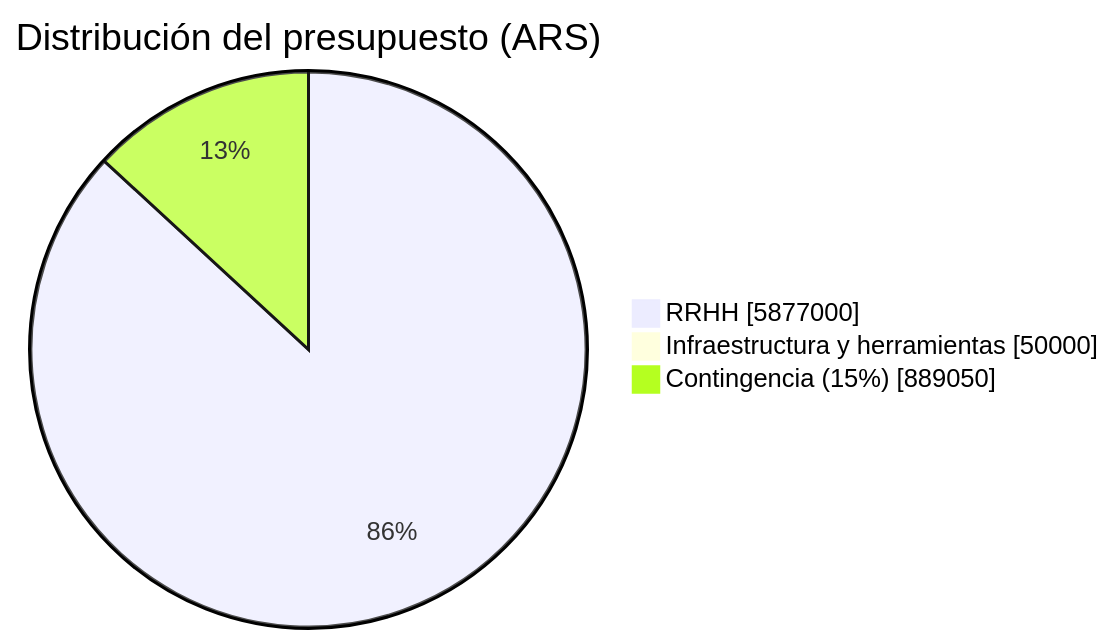
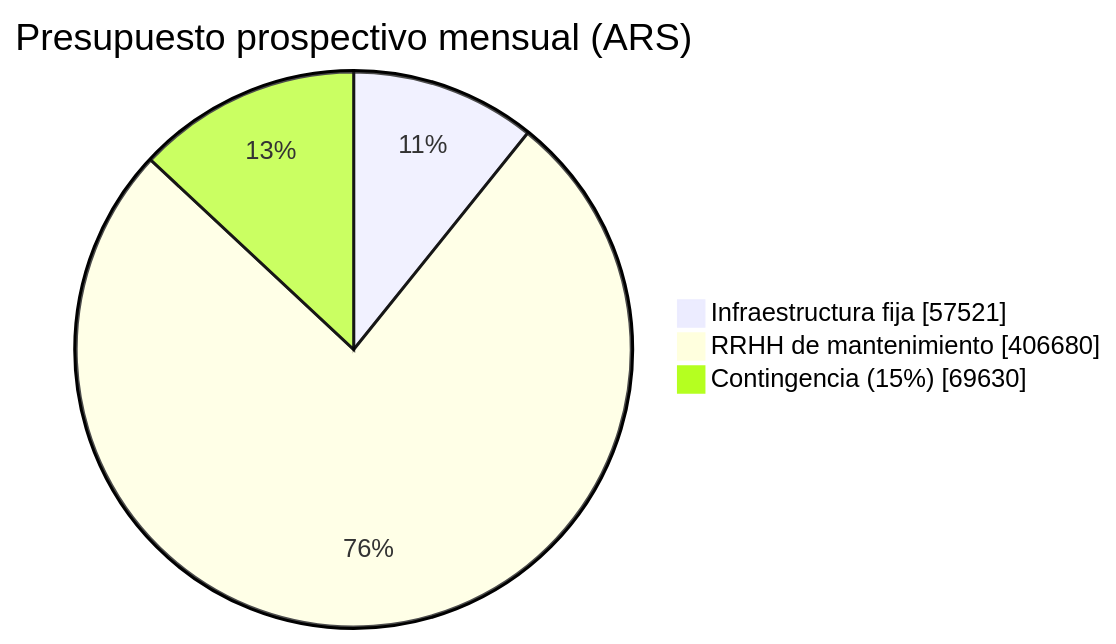
One commit to juanpablovaldez/hosty changed diagram 12 of 33 in documentacion-final-unico/Hosty-Informe-Final.md. Above: the diagram before and after it, drawn with Mermaid. The commit also changed other lines of this file and 4 other files, not shown here.

First line of the commit message:
docs(presupuesto): presupuesto retrospectivo/prospectivo con tarifas reales de mercado

````diff
--- a/documentacion-final-unico/Hosty-Informe-Final.md
+++ b/documentacion-final-unico/Hosty-Informe-Final.md
@@ -1350,7 +1396,7 @@
 ```mermaid
 pie showData
- title Distribución del presupuesto (ARS)
- "RRHH" : 5877000
- "Infraestructura y herramientas" : 50000
- "Contingencia (15%)" : 889050
+ title Presupuesto prospectivo mensual (ARS)
+ "Infraestructura fija" : 57521
+ "RRHH de mantenimiento" : 406680
+ "Contingencia (15%)" : 69630
 ```
````
